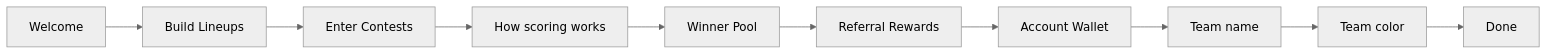
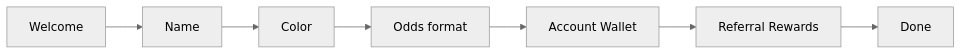
Before and after one commit to MagRelo/cut: the diagram in spec/onboarding-content-plan.md, drawn with Mermaid (neutral theme). The commit also changed other lines of this file and 1 other file, not shown here.

First line of the commit message:
feat: update onboarding flow to include name, color, and odds format setup

````diff
--- a/spec/onboarding-content-plan.md
+++ b/spec/onboarding-content-plan.md
@@ -23,15 +25,11 @@
 ```mermaid
 flowchart LR
   welcome[Welcome]
-  lineups[Build Lineups]
-  contests[Enter Contests]
-  scoring[How scoring works]
-  winnerPool[Winner Pool]
+  name[Name]
+  color[Color]
+  odds[Odds format]
+  wallet[Account Wallet]
   referrals[Referral Rewards]
-  funds[Account Wallet]
-  teamName[Team name]
-  teamColor[Team color]
   done[Done]
-  welcome --> lineups --> contests --> scoring --> winnerPool
-  winnerPool --> referrals --> funds --> teamName --> teamColor --> done
+  welcome --> name --> color --> odds --> wallet --> referrals --> done
 ```
````
